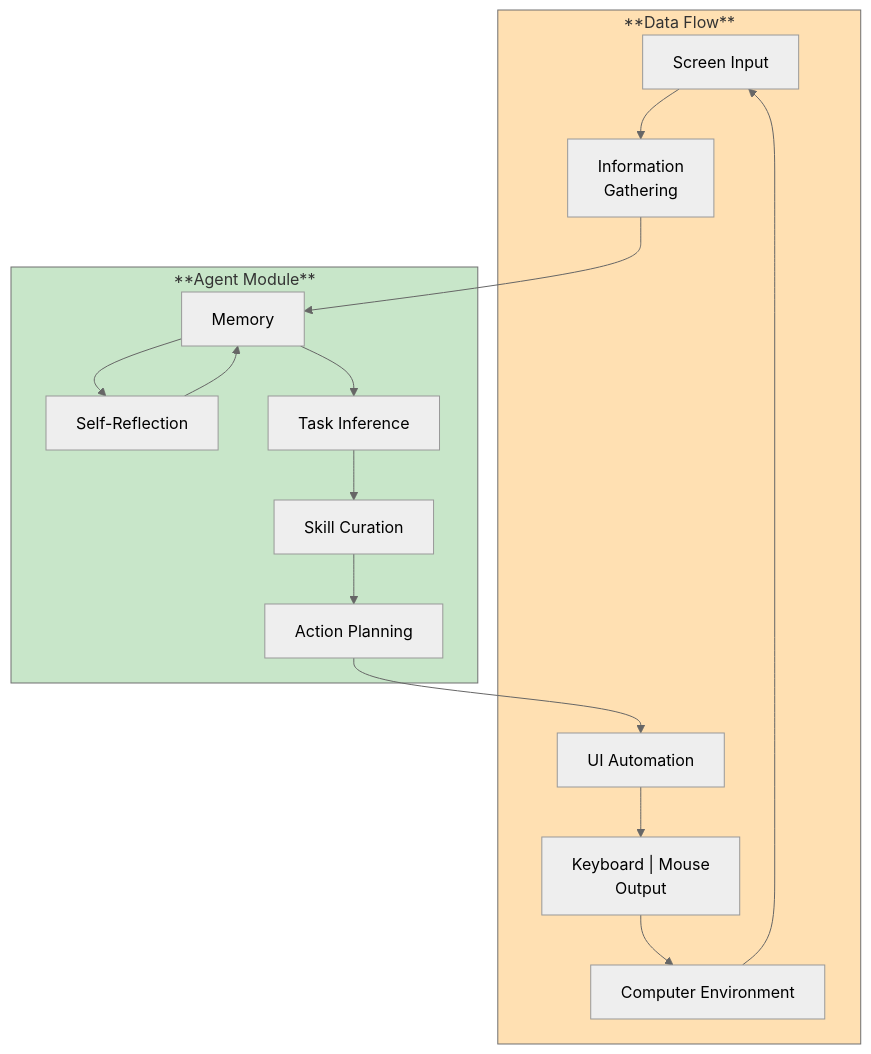
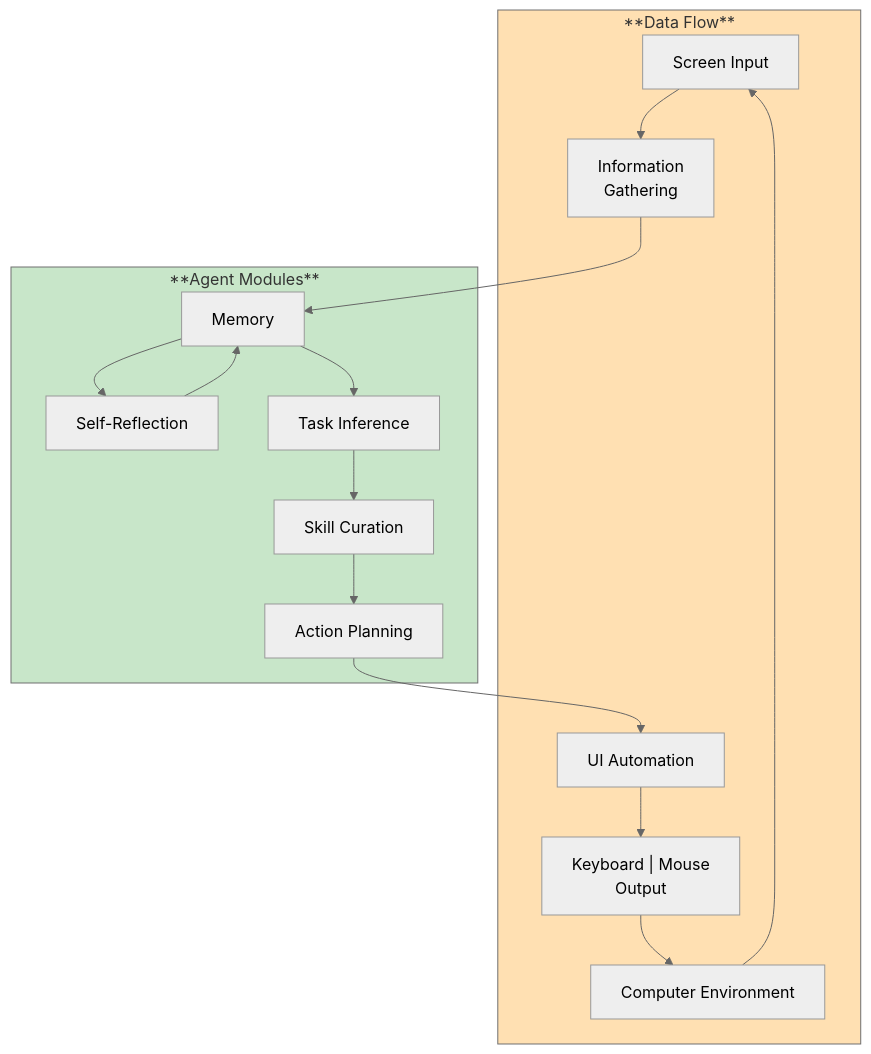
Before and after one commit to NokkTsang/AI_Gaming_Agent: the diagram in README.md, drawn with Mermaid (neutral theme). The commit also changed other lines of this file, not shown here.

````diff
--- a/README.md
+++ b/README.md
@@ -11,33 +11,33 @@
 ```mermaid
 ---
 config:
   layout: dagre
 ---
 flowchart TB
  subgraph s1["**Data Flow**"]
         A["Screen Input"]
         B["Information<br>Gathering"]
         H["UI Automation"]
         I["Keyboard | Mouse<br>Output"]
         J["Computer Environment"]
   end
- subgraph s2["**Agent Module**"]
+ subgraph s2["**Agent Modules**"]
         C["Memory"]
         D["Self-Reflection"]
         E["Task Inference"]
         F["Skill Curation"]
         G["Action Planning"]
   end
     A --> B
     B --> C
     C --> D & E
     D --> C
     E --> F
     F --> G
     G --> H
     H --> I
     I --> J
     J --> A
     style s1 fill:#FFE0B2
     style s2 fill:#C8E6C9
 ```
````
